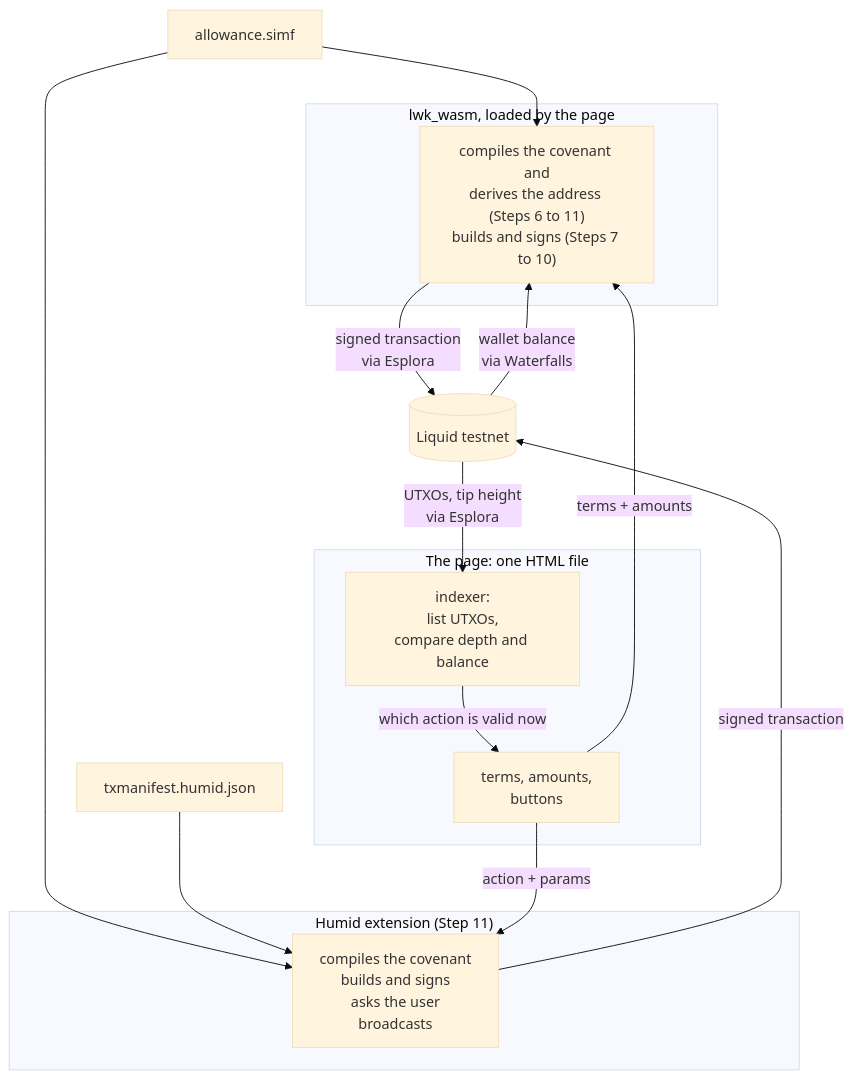
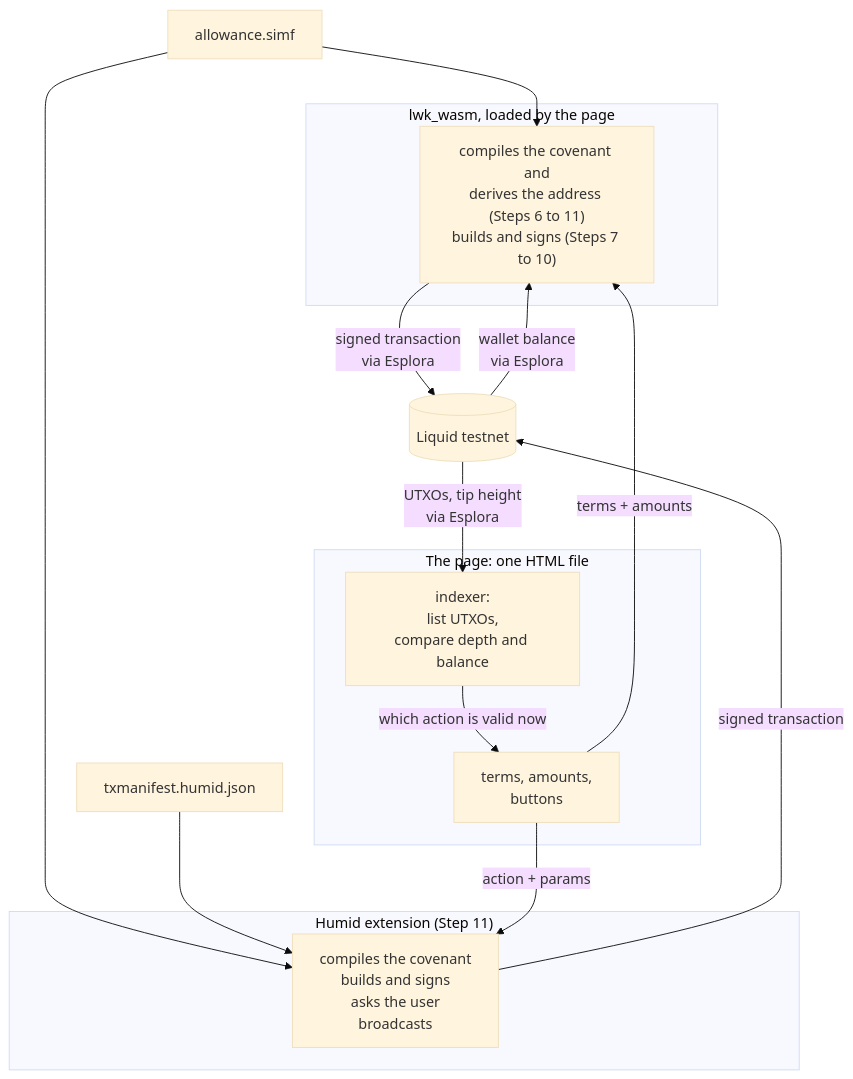
One commit to BlockstreamResearch/simplicity-demo changed the first of 2 diagrams in allowance-web/HOWTO.md. Above: the diagram before and after it, drawn with Mermaid (base theme). The commit also changed other lines of this file and 7 other files, not shown here.

Commit message:
Update to use Esplora only, not Waterfalls

````diff
--- a/allowance-web/HOWTO.md
+++ b/allowance-web/HOWTO.md
@@ -32,26 +32,26 @@
 ```mermaid
 flowchart TD
   source["allowance.simf"]
   manifest["txmanifest.humid.json"]
   subgraph page["The page: one HTML file"]
     form["terms, amounts,<br/>buttons"]
     index["indexer:<br/>list UTXOs,<br/>compare depth and balance"]
   end
   subgraph lib["lwk_wasm, loaded by the page"]
     l["compiles the covenant and<br/>derives the address (Steps 6 to 11)<br/>builds and signs (Steps 7 to 10)"]
   end
   subgraph wallet["Humid extension (Step 11)"]
     w["compiles the covenant<br/>builds and signs<br/>asks the user<br/>broadcasts"]
   end
   chain[("Liquid testnet")]
   source --> l
   source --> w
   manifest --> w
   form -->|"terms + amounts"| l
   form -->|"action + params"| w
   l -->|"signed transaction<br/>via Esplora"| chain
   w -->|"signed transaction"| chain
   chain -->|"UTXOs, tip height<br/>via Esplora"| index
-  chain -->|"wallet balance<br/>via Waterfalls"| l
+  chain -->|"wallet balance<br/>via Esplora"| l
   index -->|"which action is valid now"| form
 ```
````
